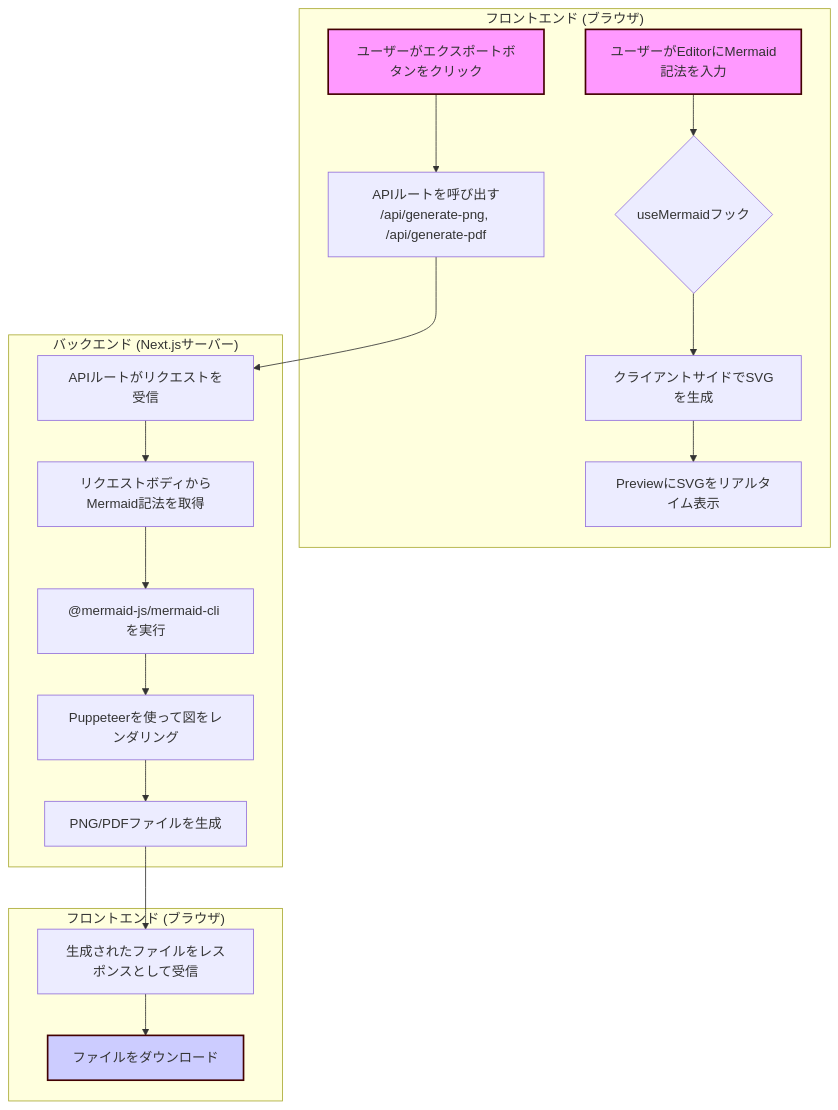
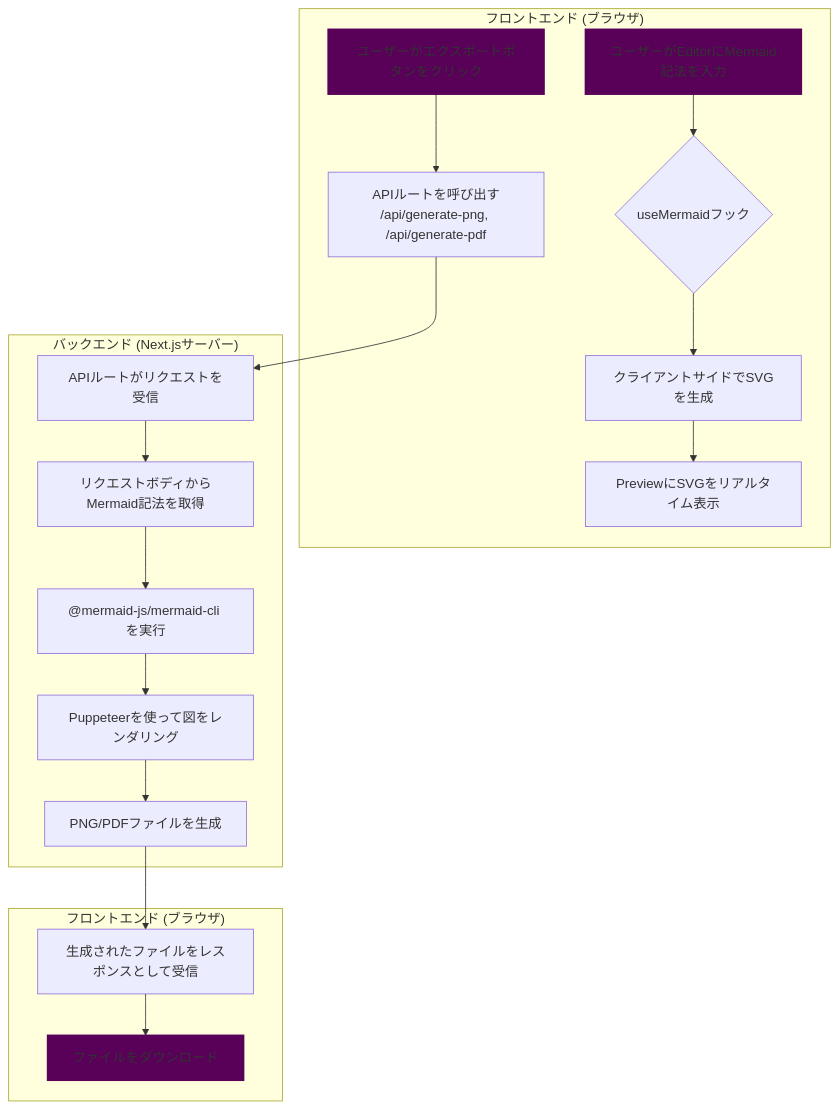
Before and after one commit to ymkge/mermaid-diagram-exporter: the diagram in README.md, drawn with Mermaid.

Commit message:
docs: mermaid color ##590159

````diff
--- a/README.md
+++ b/README.md
@@ -45,26 +45,26 @@
 ```mermaid
 flowchart TD
     subgraph "フロントエンド (ブラウザ)"
         A[ユーザーがEditorにMermaid記法を入力] --> B{useMermaidフック};
         B --> C[クライアントサイドでSVGを生成];
         C --> D[PreviewにSVGをリアルタイム表示];
         E[ユーザーがエクスポートボタンをクリック] --> F["APIルートを呼び出す<br>/api/generate-png, /api/generate-pdf"];
     end
 
     subgraph "バックエンド (Next.jsサーバー)"
         F --> G[APIルートがリクエストを受信];
         G --> H[リクエストボディからMermaid記法を取得];
         H --> I["@mermaid-js/mermaid-cli を実行"];
         I --> J[Puppeteerを使って図をレンダリング];
         J --> K[PNG/PDFファイルを生成];
     end
 
     subgraph "フロントエンド (ブラウザ)"
         K --> L[生成されたファイルをレスポンスとして受信];
         L --> M[ファイルをダウンロード];
     end
 
-    style A fill:#f9f,stroke:#420101,stroke-width:2px
-    style E fill:#f9f,stroke:#420101,stroke-width:2px
-    style M fill:#ccf,stroke:#420101,stroke-width:2px
+    style A fill:#590159,stroke:#590159,stroke-width:2px
+    style E fill:#590159,stroke:#590159,stroke-width:2px
+    style M fill:#590159,stroke:#590159,stroke-width:2px
 ```
````
